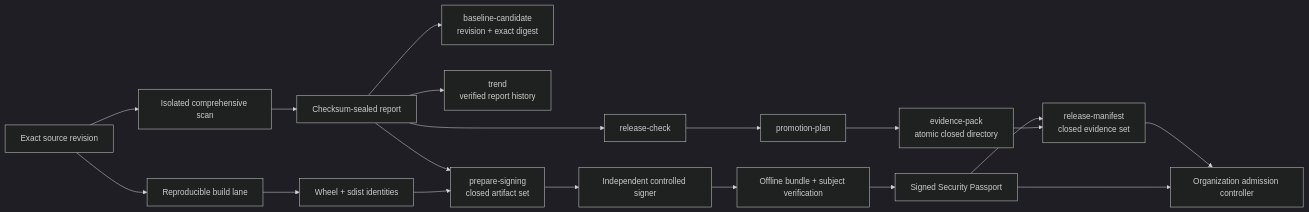
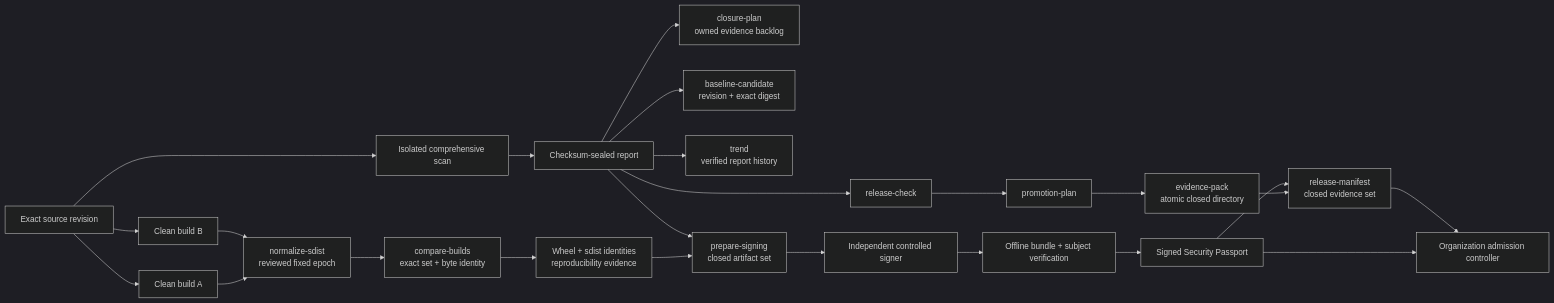
One commit to willtran87/project-py-security-suite changed the third of 11 diagrams in docs/design.md. Above: the diagram before and after it, drawn with Mermaid (dark theme). The commit also changed other lines of this file and 27 other files, not shown here.

Commit message:
Add governed closure and reproducible build evidence

````diff
--- a/docs/design.md
+++ b/docs/design.md
@@ -120,21 +120,26 @@
 ```mermaid
 flowchart LR
-    Source["Exact source revision"] --> Build["Reproducible build lane"]
+    Source["Exact source revision"] --> BuildA["Clean build A"]
+    Source --> BuildB["Clean build B"]
+    BuildA --> Normalize["normalize-sdist<br/>reviewed fixed epoch"]
+    BuildB --> Normalize
+    Normalize --> Compare["compare-builds<br/>exact set + byte identity"]
     Source --> Scan["Isolated comprehensive scan"]
-    Build --> Payload["Wheel + sdist identities"]
+    Compare --> Payload["Wheel + sdist identities<br/>reproducibility evidence"]
     Scan --> Seal["Checksum-sealed report"]
     Seal --> Decision["release-check"]
+    Seal --> Closure["closure-plan<br/>owned evidence backlog"]
     Decision --> Plan["promotion-plan"]
     Seal --> Baseline["baseline-candidate<br/>revision + exact digest"]
     Seal --> Trend["trend<br/>verified report history"]
     Payload --> Request["prepare-signing<br/>closed artifact set"]
     Seal --> Request
     Request --> Signer["Independent controlled signer"]
     Signer --> Verify["Offline bundle + subject verification"]
     Verify --> Passport["Signed Security Passport"]
     Passport --> Admission["Organization admission controller"]
     Plan --> Pack["evidence-pack<br/>atomic closed directory"]
     Pack --> Manifest["release-manifest<br/>closed evidence set"]
     Passport --> Manifest
     Manifest --> Admission
 ```
````
